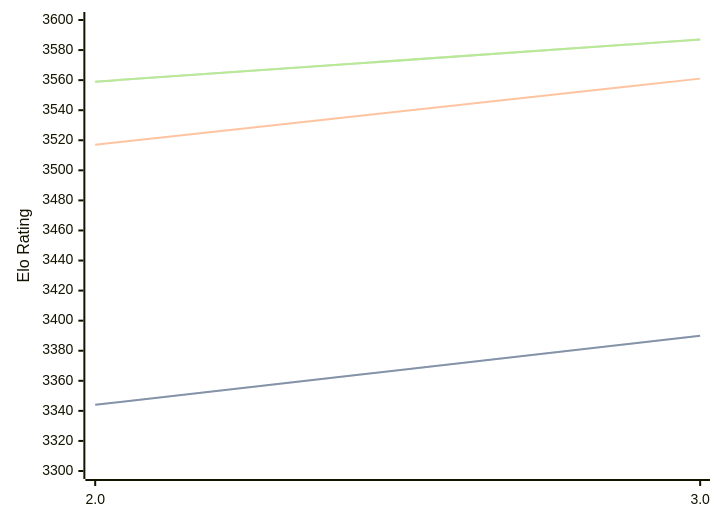
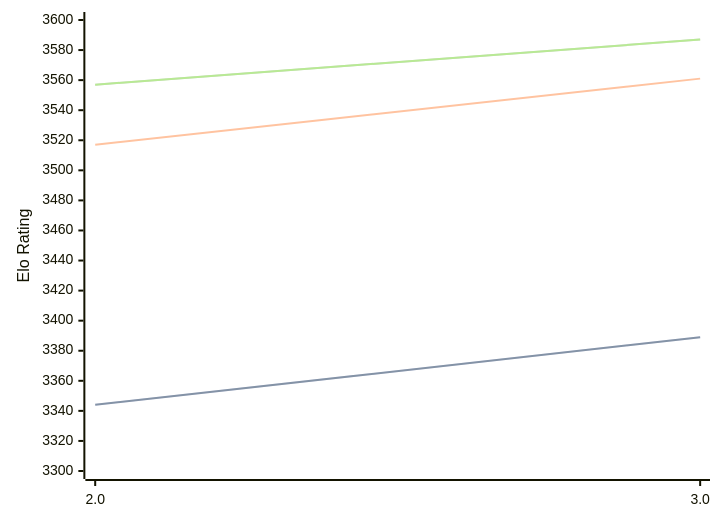
One commit to computer-chess-index/cci changed the diagram in engines/Quanticade.md. Above: the diagram before and after it, drawn with Mermaid. The commit also changed other lines of this file, not shown here.

Commit message:
Update CCI Ratings (ELO VLTC) - 2026-05-07

````diff
--- a/engines/Quanticade.md
+++ b/engines/Quanticade.md
@@ -41,11 +41,11 @@
 ```mermaid
 %%{init: {"theme":"base","themeVariables":{"seriesColors:['#a3a3a3','#222221','#faa371']}}}%%
 xychart-beta
   x-axis ["2.0", "3.0"]
   y-axis "Elo Rating" 3300 --> 3600
-  line "STC (8.0+0.08s)" [3344, 3390]
-  line "STC (8.0+0.08s)" [3344, 3390]
+  line "STC (8.0+0.08s)" [3344, 3389]
+  line "STC (8.0+0.08s)" [3344, 3389]
   line "LTC (60.0+0.60s)" [3517, 3561]
-  line "VLTC (2m24s+1.12s)" [3559, 3587]
-  line "VLTC (2m24s+1.12s)" [3559, 3587]
+  line "VLTC (2m24s+1.12s)" [3557, 3587]
+  line "VLTC (2m24s+1.12s)" [3557, 3587]
 ```
````
